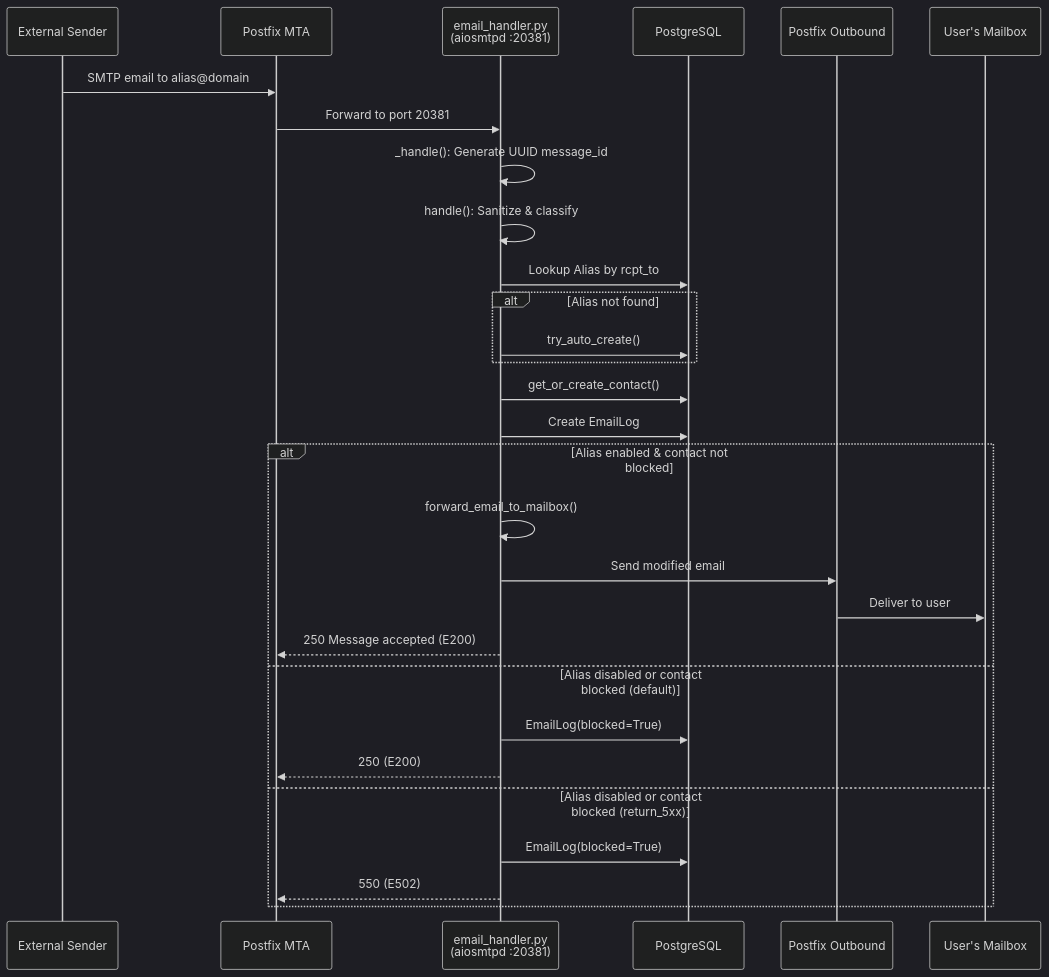
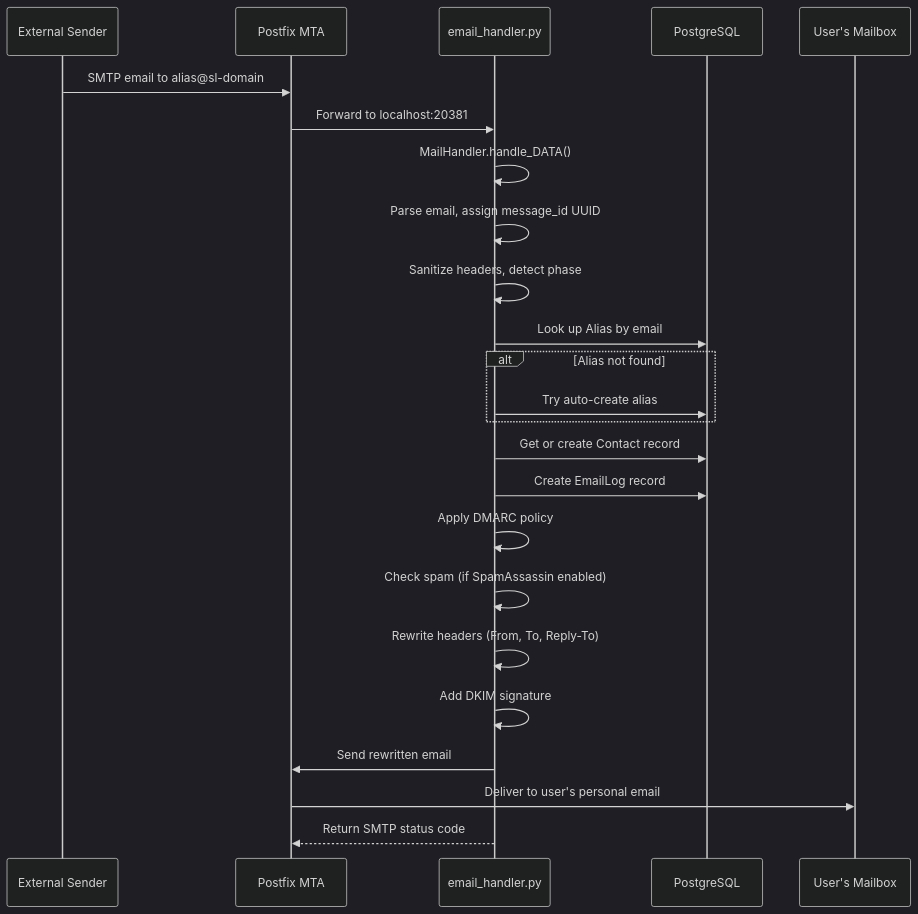
Before and after one commit to blitzy-research/app: the second of 4 diagrams in blitzy/documentation/app_2cd6ee777f8c.md, drawn with Mermaid (dark theme). The commit also changed other lines of this file, not shown here.

First line of the commit message:
Create comprehensive runtime behavior and operational verification documentation

````diff
--- a/blitzy/documentation/app_2cd6ee777f8c.md
+++ b/blitzy/documentation/app_2cd6ee777f8c.md
@@ -507,32 +615,27 @@
 ```mermaid
 sequenceDiagram
     participant Sender as External Sender
     participant Postfix as Postfix MTA
-    participant Handler as email_handler.py<br/>(aiosmtpd :20381)
+    participant Handler as email_handler.py
     participant DB as PostgreSQL
-    participant Outbound as Postfix Outbound
     participant Mailbox as User's Mailbox
 
-    Sender->>Postfix: SMTP email to alias@domain
-    Postfix->>Handler: Forward to port 20381
-    Handler->>Handler: _handle(): Generate UUID message_id
-    Handler->>Handler: handle(): Sanitize & classify
-    Handler->>DB: Lookup Alias by rcpt_to
+    Sender->>Postfix: SMTP email to alias@sl-domain
+    Postfix->>Handler: Forward to localhost:20381
+    Handler->>Handler: MailHandler.handle_DATA()
+    Handler->>Handler: Parse email, assign message_id UUID
+    Handler->>Handler: Sanitize headers, detect phase
+    Handler->>DB: Look up Alias by email
     alt Alias not found
-        Handler->>DB: try_auto_create()
+        Handler->>DB: Try auto-create alias
     end
-    Handler->>DB: get_or_create_contact()
-    Handler->>DB: Create EmailLog
-    alt Alias enabled & contact not blocked
-        Handler->>Handler: forward_email_to_mailbox()
-        Handler->>Outbound: Send modified email
-        Outbound->>Mailbox: Deliver to user
-        Handler-->>Postfix: 250 Message accepted (E200)
-    else Alias disabled or contact blocked (default)
-        Handler->>DB: EmailLog(blocked=True)
-        Handler-->>Postfix: 250 (E200)
-    else Alias disabled or contact blocked (return_5xx)
-        Handler->>DB: EmailLog(blocked=True)
-        Handler-->>Postfix: 550 (E502)
-    end
+    Handler->>DB: Get or create Contact record
+    Handler->>DB: Create EmailLog record
+    Handler->>Handler: Apply DMARC policy
+    Handler->>Handler: Check spam (if SpamAssassin enabled)
+    Handler->>Handler: Rewrite headers (From, To, Reply-To)
+    Handler->>Handler: Add DKIM signature
+    Handler->>Postfix: Send rewritten email
+    Postfix->>Mailbox: Deliver to user's personal email
+    Handler-->>Postfix: Return SMTP status code
 ```
````
